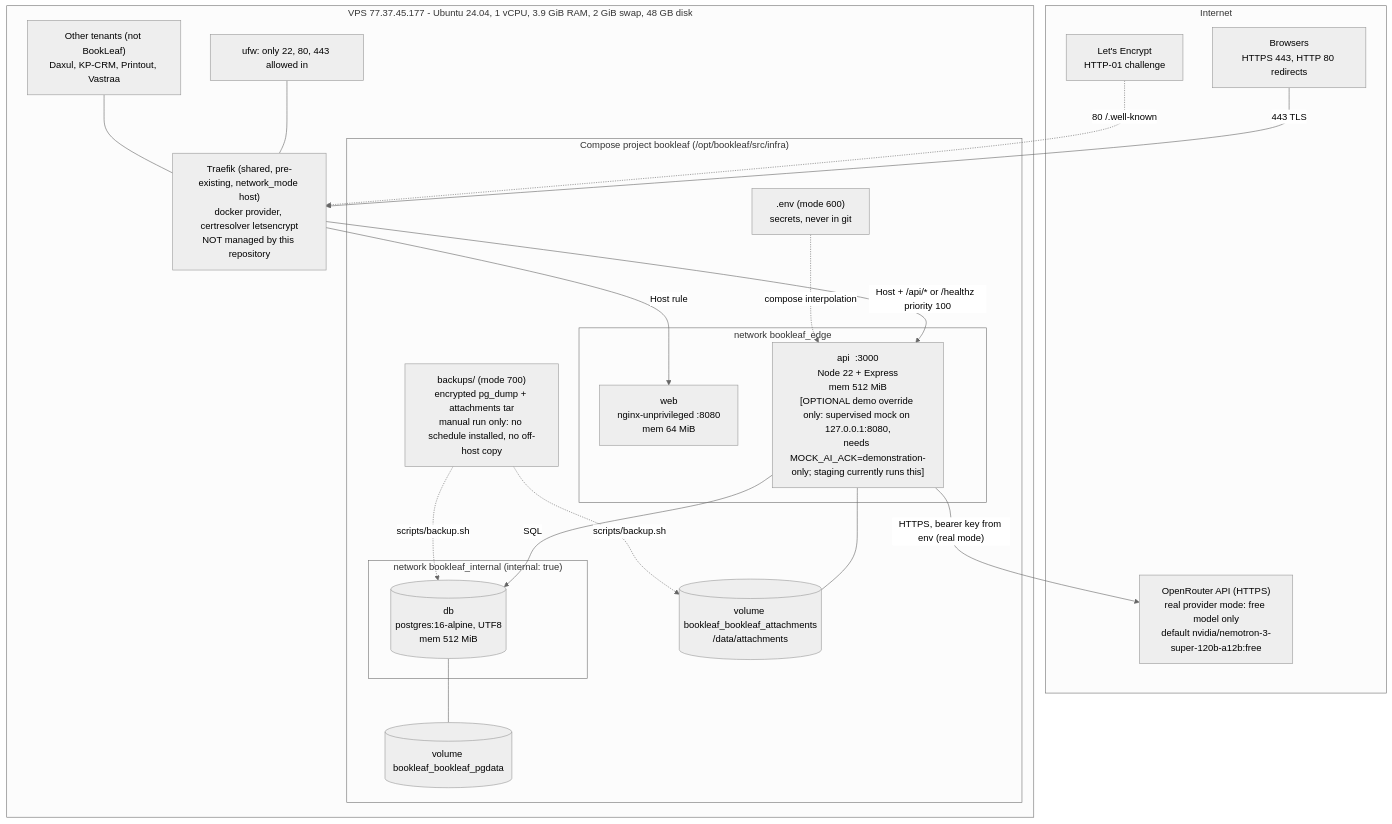
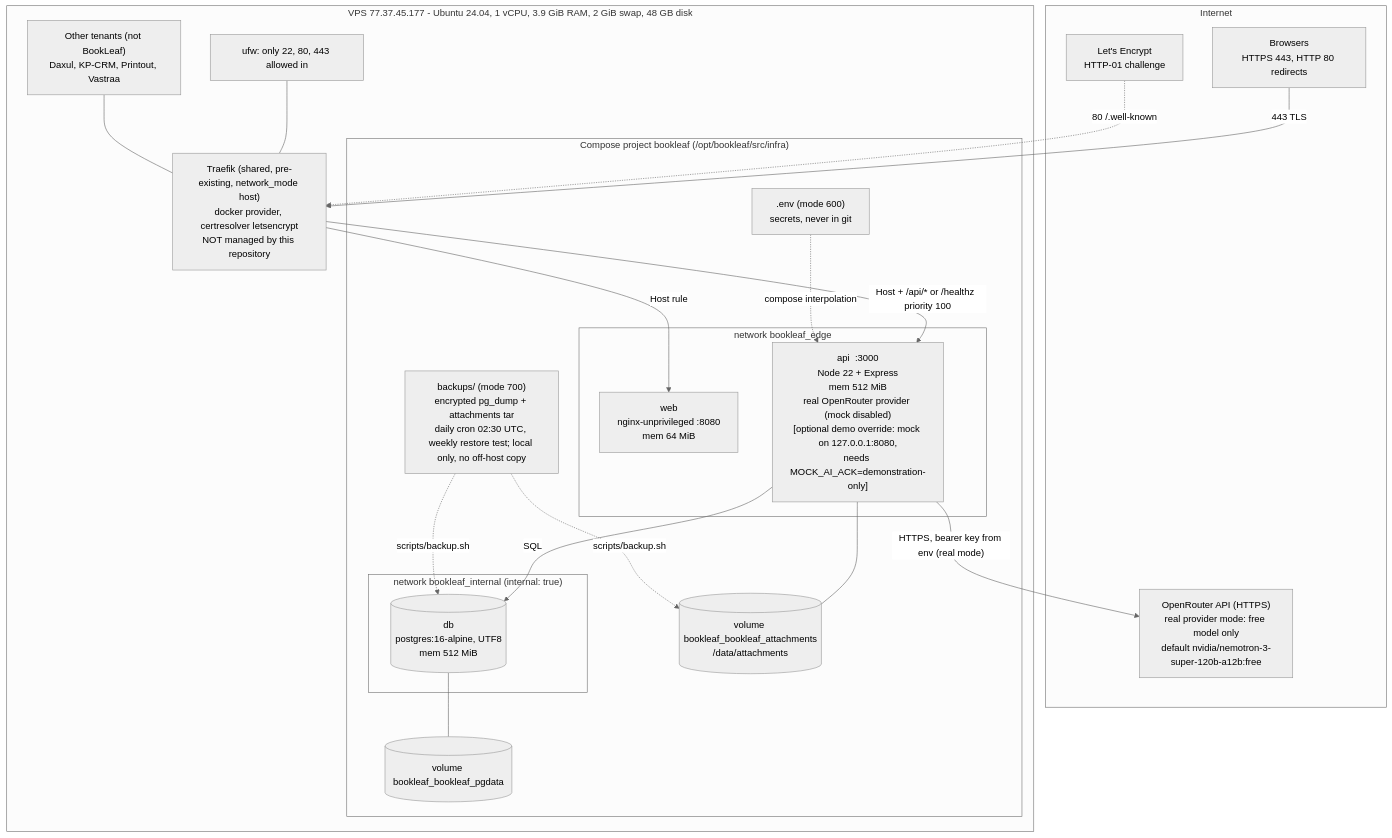
Before and after one commit to singhdaksh7/book-leaf__assignment-1: the first of 2 diagrams in docs/architecture/11-DEPLOYMENT-ARCHITECTURE.md, drawn with Mermaid (neutral theme). The commit also changed 24 other files, not shown here.

````diff
--- a/docs/architecture/11-DEPLOYMENT-ARCHITECTURE.md
+++ b/docs/architecture/11-DEPLOYMENT-ARCHITECTURE.md
@@ -8,43 +8,43 @@
 ```mermaid
 %% file: deployment-architecture.mmd
 flowchart TB
     subgraph NET["Internet"]
         BR["Browsers<br/>HTTPS 443, HTTP 80 redirects"]
         LE["Let's Encrypt<br/>HTTP-01 challenge"]
         ORP["OpenRouter API (HTTPS)<br/>real provider mode: free model only<br/>default nvidia/nemotron-3-super-120b-a12b:free"]
     end
 
     subgraph VPS["VPS 77.37.45.177 - Ubuntu 24.04, 1 vCPU, 3.9 GiB RAM, 2 GiB swap, 48 GB disk"]
         UFW["ufw: only 22, 80, 443 allowed in"]
         TR["Traefik (shared, pre-existing, network_mode host)<br/>docker provider, certresolver letsencrypt<br/>NOT managed by this repository"]
         OTHER["Other tenants (not BookLeaf)<br/>Daxul, KP-CRM, Printout, Vastraa"]
 
         subgraph PROJ["Compose project bookleaf  (/opt/bookleaf/src/infra)"]
             subgraph EDGE["network bookleaf_edge"]
                 WEB["web<br/>nginx-unprivileged :8080<br/>mem 64 MiB"]
-                API["api  :3000<br/>Node 22 + Express<br/>mem 512 MiB<br/>[OPTIONAL demo override only: supervised mock on 127.0.0.1:8080,<br/>needs MOCK_AI_ACK=demonstration-only; staging currently runs this]"]
+                API["api  :3000<br/>Node 22 + Express<br/>mem 512 MiB<br/>real OpenRouter provider (mock disabled)<br/>[optional demo override: mock on 127.0.0.1:8080,<br/>needs MOCK_AI_ACK=demonstration-only]"]
             end
             subgraph INT["network bookleaf_internal (internal: true)"]
                 DB[("db<br/>postgres:16-alpine, UTF8<br/>mem 512 MiB")]
             end
             VPG[("volume bookleaf_bookleaf_pgdata")]
             VAT[("volume bookleaf_bookleaf_attachments<br/>/data/attachments")]
             ENV[".env (mode 600)<br/>secrets, never in git"]
-            BK["backups/ (mode 700)<br/>encrypted pg_dump + attachments tar<br/>manual run only: no schedule installed, no off-host copy"]
+            BK["backups/ (mode 700)<br/>encrypted pg_dump + attachments tar<br/>daily cron 02:30 UTC, weekly restore test; local only, no off-host copy"]
         end
     end
 
     BR -- "443 TLS" --> TR
     LE -. "80 /.well-known" .-> TR
     TR -- "Host rule" --> WEB
     TR -- "Host + /api/* or /healthz  priority 100" --> API
     API -- "SQL" --> DB
     API -- "HTTPS, bearer key from env (real mode)" --> ORP
     DB --- VPG
     API --- VAT
     ENV -. "compose interpolation" .-> API
     BK -. "scripts/backup.sh" .-> DB
     BK -. "scripts/backup.sh" .-> VAT
     UFW --- TR
     OTHER --- TR
 ```
````
